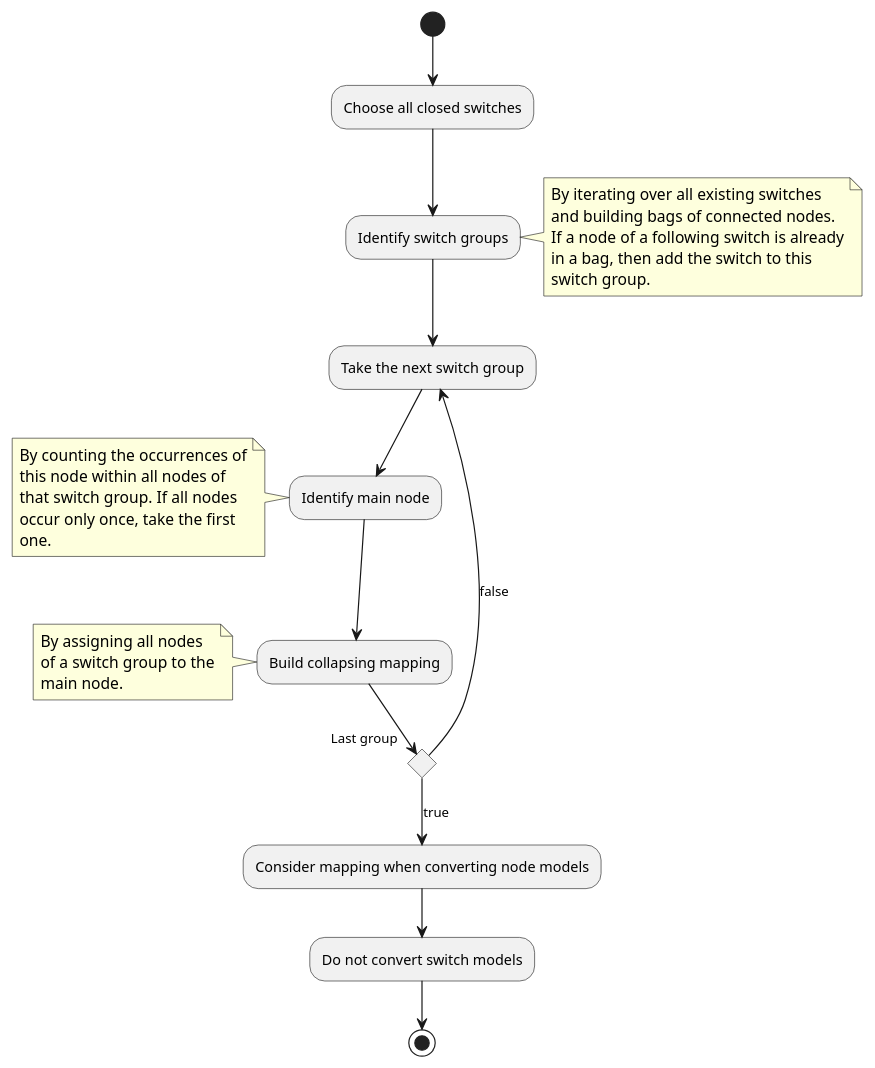
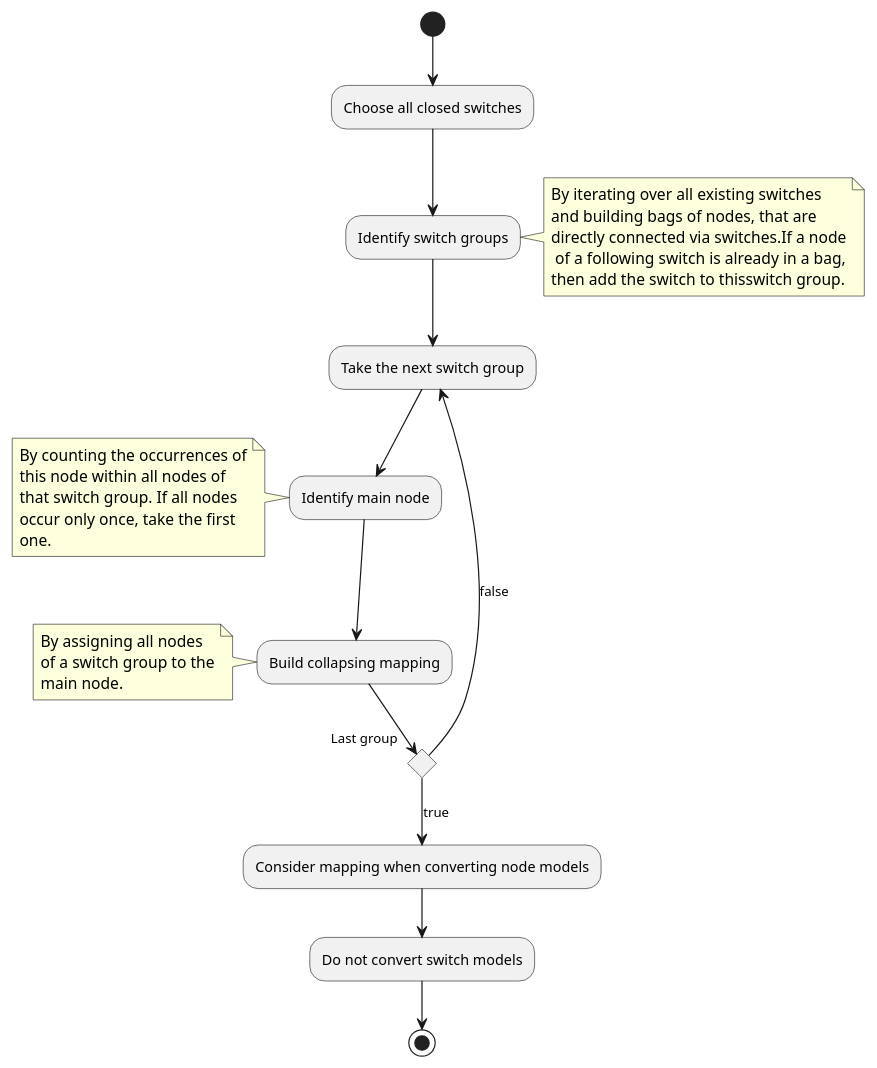
Before and after one commit to ie3-institute/simBench2psdm: the diagram in docs/diagrams/RemoveSwitches.puml, drawn with PlantUML. The commit also changed 4 other files, not shown here.

```diff
--- a/docs/diagrams/RemoveSwitches.puml
+++ b/docs/diagrams/RemoveSwitches.puml
@@ -1,18 +1,18 @@
 @startuml
 
 (*) --> "Choose all closed switches"
 --> "Identify switch groups"
-note right: By iterating over all existing switches\nand building bags of connected nodes.\nIf a node of a following switch is already\nin a bag, then add the switch to this\nswitch group.
+note right: By iterating over all existing switches\nand building bags of nodes, that are\ndirectly connected via switches.If a node\n of a following switch is already in a bag,\nthen add the switch to thisswitch group.
 --> "Take the next switch group"
 --> "Identify main node"
 note left: By counting the occurrences of\nthis node within all nodes of\nthat switch group. If all nodes\noccur only once, take the first\none.
 --> "Build collapsing mapping"
 note left: By assigning all nodes\nof a switch group to the\nmain node.
 if "Last group" then
     -->[true] "Consider mapping when converting node models"
     --> "Do not convert switch models"
     --> (*)
 else
     -->[false] "Take the next switch group"
 
 @enduml
```
